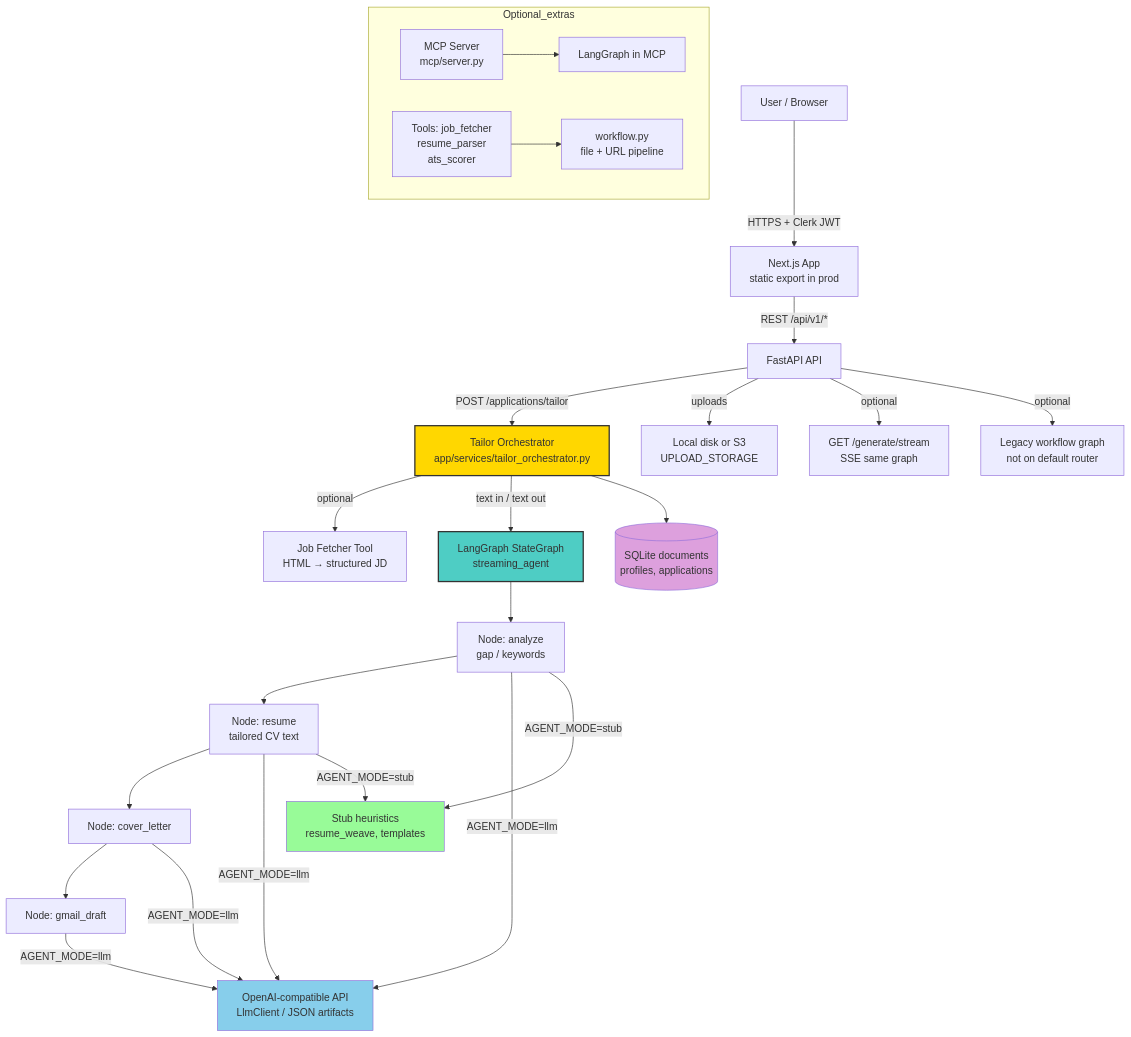
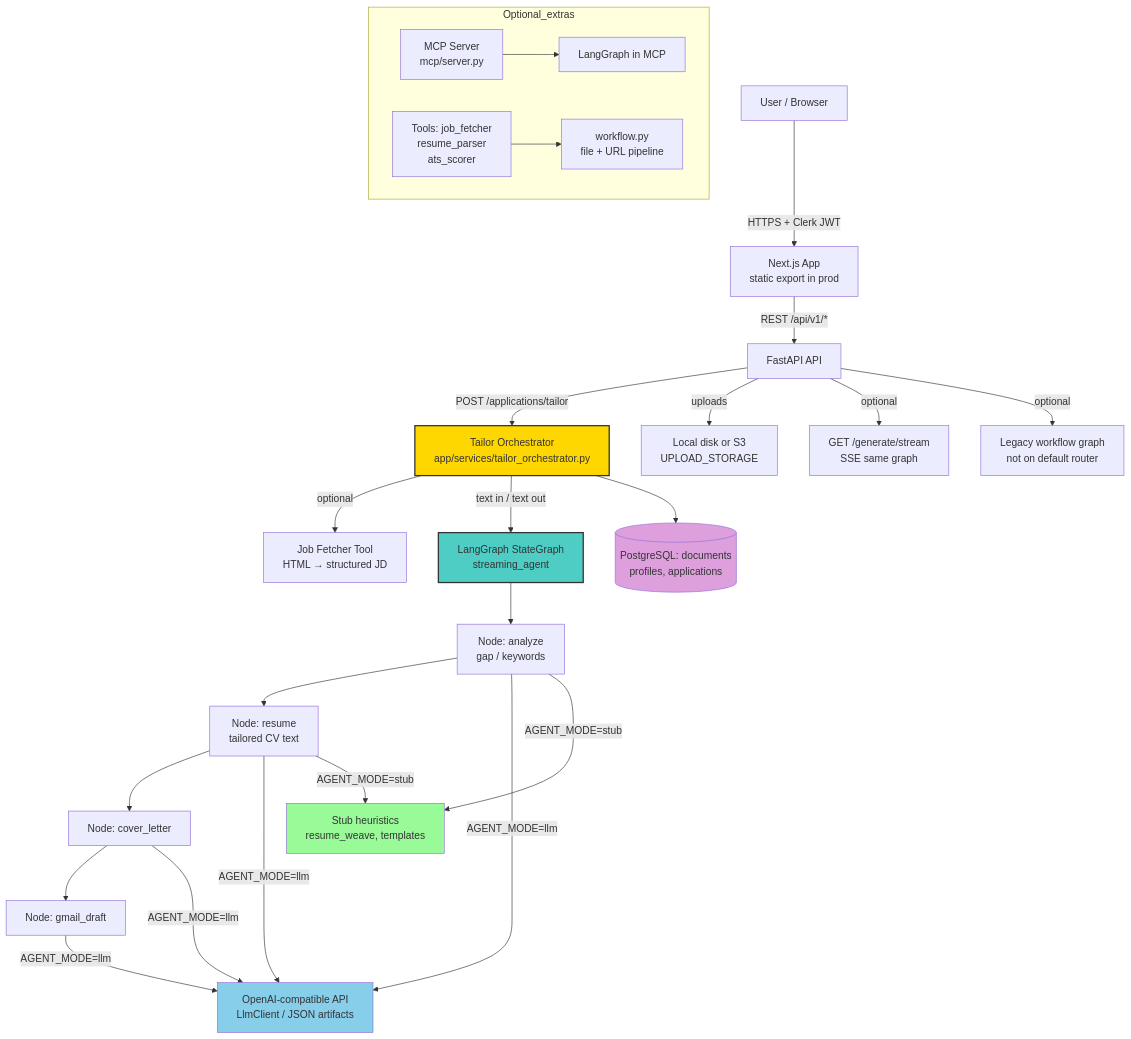
The first of 3 diagrams in agentarchitecture.md (Andela-AI-Engineering-Bootcamp/TalentStreamAI), drawn with Mermaid before and after one commit. The commit also changed other lines of this file and 33 other files, not shown here.

````diff
--- a/agentarchitecture.md
+++ b/agentarchitecture.md
@@ -11,39 +11,39 @@
 ```mermaid
 graph TB
     User[User / Browser] -->|HTTPS + Clerk JWT| UI[Next.js App<br/>static export in prod]
     UI -->|REST /api/v1/*| API[FastAPI API]
     
     API -->|POST /applications/tailor| Orch[Tailor Orchestrator<br/>app/services/tailor_orchestrator.py]
     Orch -->|optional| Fetch[Job Fetcher Tool<br/>HTML → structured JD]
     Orch -->|text in / text out| LG[LangGraph StateGraph<br/>streaming_agent]
     
     LG --> N1[Node: analyze<br/>gap / keywords]
     N1 --> N2[Node: resume<br/>tailored CV text]
     N2 --> N3[Node: cover_letter]
     N3 --> N4[Node: gmail_draft]
     
     N2 -->|AGENT_MODE=llm| LLM[OpenAI-compatible API<br/>LlmClient / JSON artifacts]
     N1 -->|AGENT_MODE=llm| LLM
     N3 -->|AGENT_MODE=llm| LLM
     N4 -->|AGENT_MODE=llm| LLM
     
     N2 -->|AGENT_MODE=stub| Stub[Stub heuristics<br/>resume_weave, templates]
     N1 -->|AGENT_MODE=stub| Stub
     
-    Orch --> DB[(SQLite documents<br/>profiles, applications)]
+    Orch --> DB[(PostgreSQL: documents<br/>profiles, applications)]
     API -->|uploads| Store[Local disk or S3<br/>UPLOAD_STORAGE]
     
     API -->|optional| Stream[GET /generate/stream<br/>SSE same graph]
     API -->|optional| Legacy[Legacy workflow graph<br/>not on default router]
     
     subgraph Optional_extras
         MCP[MCP Server<br/>mcp/server.py] --> LG2[LangGraph in MCP]
         Tools[Tools: job_fetcher<br/>resume_parser<br/>ats_scorer] --> LegacyWF[workflow.py<br/>file + URL pipeline]
     end
     
     style Orch fill:#FFD700,stroke:#333,stroke-width:2px
     style LG fill:#4ECDC4,stroke:#333,stroke-width:2px
     style LLM fill:#87CEEB
     style Stub fill:#98FB98
     style DB fill:#DDA0DD
 ```
````
